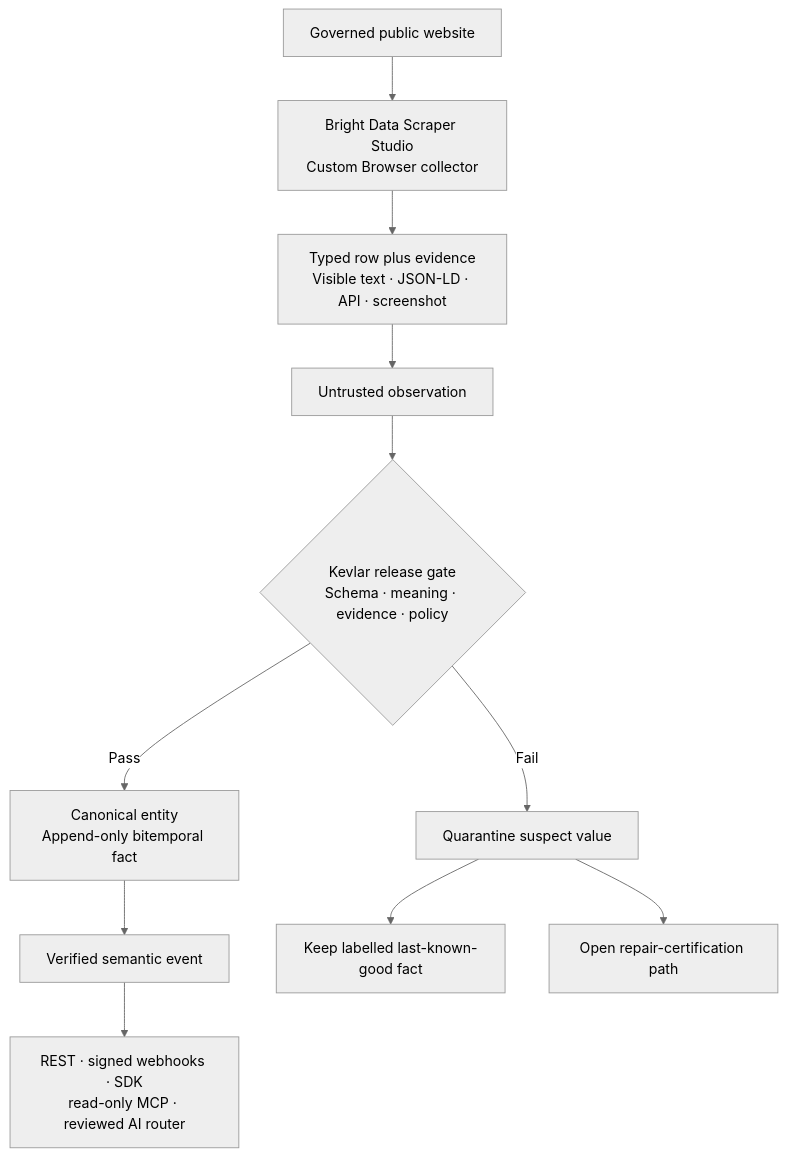
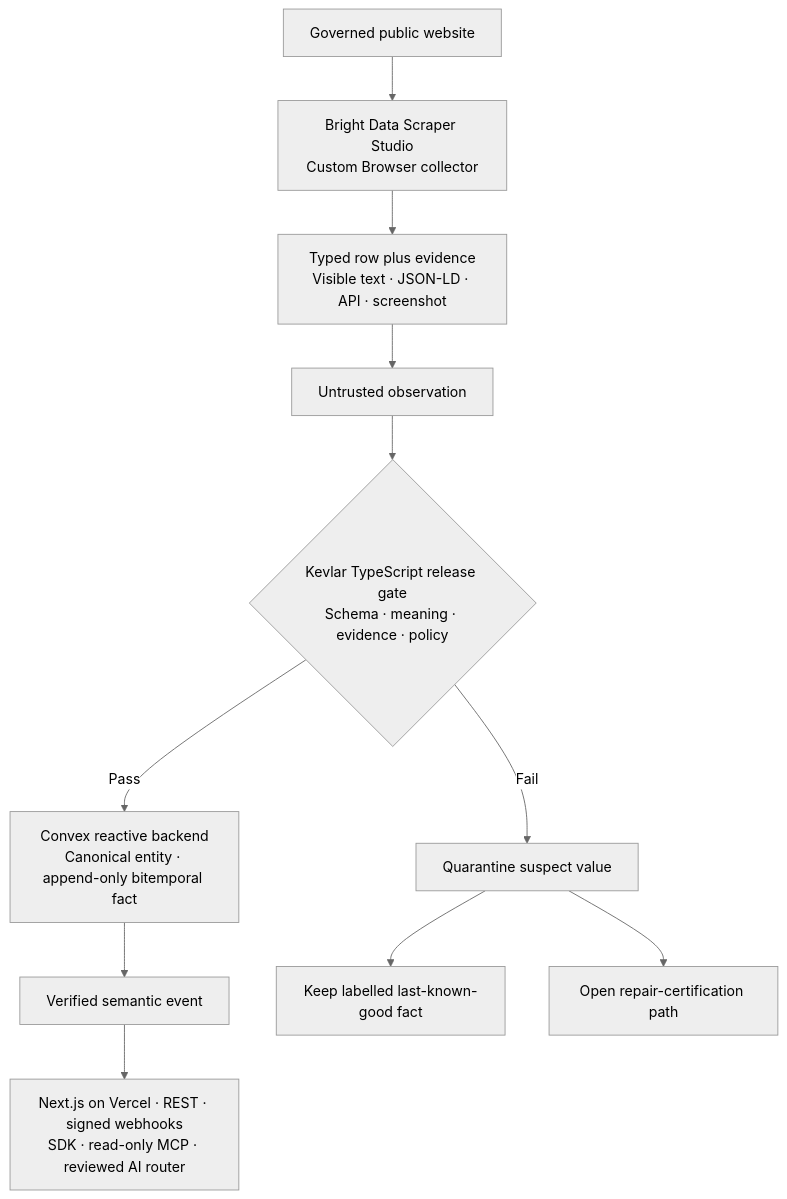
One commit to Avinash1286/kevlar changed the first of 2 diagrams in demo.md. Above: the diagram before and after it, drawn with Mermaid (neutral theme). The commit also changed other lines of this file, not shown here.

````diff
--- a/demo.md
+++ b/demo.md
@@ -19,15 +21,15 @@
 ```mermaid
 flowchart TB
   SOURCE["Governed public website"] --> BD["Bright Data Scraper Studio<br/>Custom Browser collector"]
   BD --> CAPTURE["Typed row plus evidence<br/>Visible text · JSON-LD · API · screenshot"]
   CAPTURE --> UNTRUSTED["Untrusted observation"]
-  UNTRUSTED --> GATE{"Kevlar release gate<br/>Schema · meaning · evidence · policy"}
+  UNTRUSTED --> GATE{"Kevlar TypeScript release gate<br/>Schema · meaning · evidence · policy"}
 
-  GATE -->|"Pass"| INTEL["Canonical entity<br/>Append-only bitemporal fact"]
+  GATE -->|"Pass"| INTEL["Convex reactive backend<br/>Canonical entity · append-only bitemporal fact"]
   INTEL --> EVENT["Verified semantic event"]
-  EVENT --> CONSUMERS["REST · signed webhooks · SDK<br/>read-only MCP · reviewed AI router"]
+  EVENT --> CONSUMERS["Next.js on Vercel · REST · signed webhooks<br/>SDK · read-only MCP · reviewed AI router"]
 
   GATE -->|"Fail"| QUARANTINE["Quarantine suspect value"]
   QUARANTINE --> LKG["Keep labelled last-known-good fact"]
   QUARANTINE --> REPAIR["Open repair-certification path"]
 ```
````
